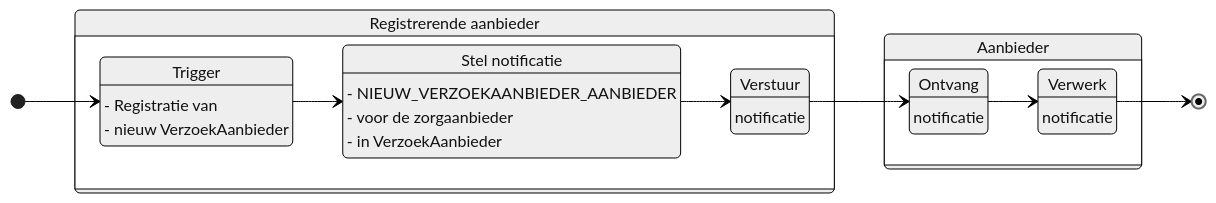
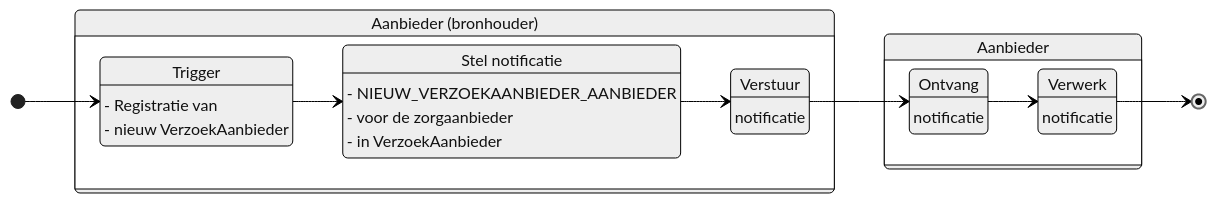
The diagram in notificaties/zorgaanbieder/nieuw_verzoekaanbieder_aanbieder.md (iStandaarden/iWlz-levering), drawn with Mermaid before and after one commit. The commit also changed 13 other files, not shown here.

````diff
--- a/notificaties/zorgaanbieder/nieuw_verzoekaanbieder_aanbieder.md
+++ b/notificaties/zorgaanbieder/nieuw_verzoekaanbieder_aanbieder.md
@@ -3,42 +3,42 @@
 ```mermaid
 ---
 config:
   theme: neutral
   look: classic
 ---
 stateDiagram
   direction LR
   state verzender {
     direction TB
     trigger --> opstellen
     opstellen --> verstuur
     trigger
     opstellen
     verstuur
   }
   state ontvanger {
     direction TB
     ontvang --> verwerk
     ontvang
     verwerk
   }
   [*] --> trigger
   verstuur --> ontvang
   verwerk --> [*]
-  verzender:Registrerende aanbieder
+  verzender: Aanbieder (bronhouder)
   trigger:Trigger
 trigger:- Registratie van
 trigger:- nieuw VerzoekAanbieder
   opstellen:Stel notificatie
 opstellen:- NIEUW_VERZOEKAANBIEDER_AANBIEDER
 opstellen:- voor de zorgaanbieder
 opstellen:- in VerzoekAanbieder
   verstuur:Verstuur 
   verstuur: notificatie
   ontvanger: Aanbieder
   ontvang:Ontvang 
   ontvang:notificatie
   verwerk:Verwerk 
   verwerk:notificatie
 
 ```
````
